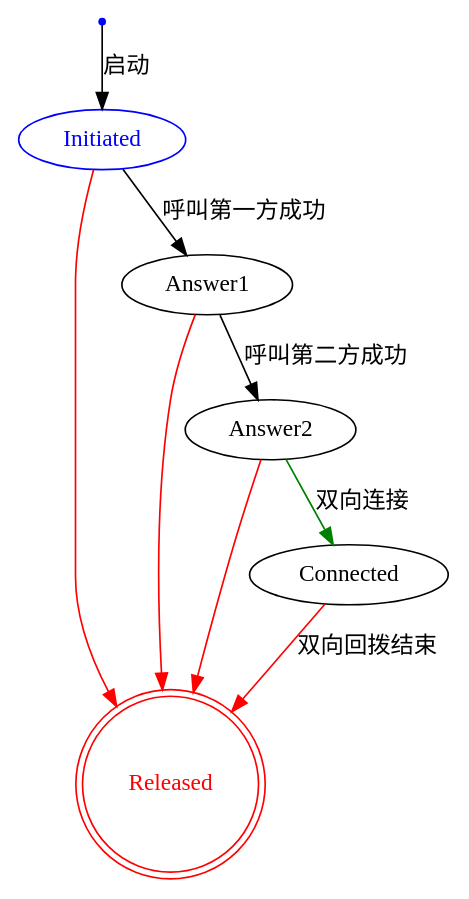
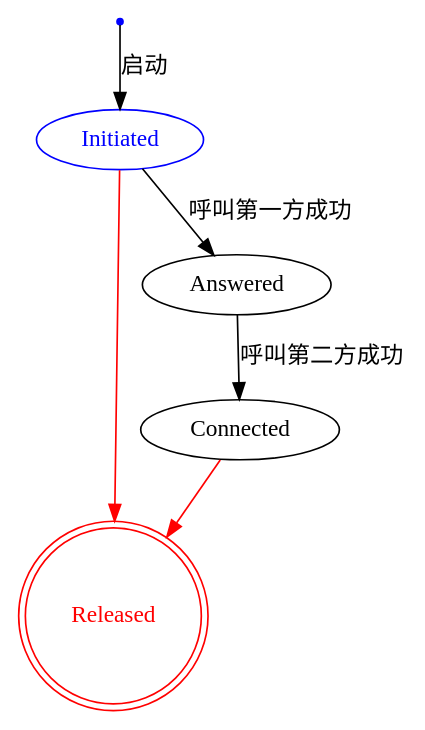
Before and after one commit to tanbro/ipsc-ccf: the diagram in docs/api-spec/ext/duo_callback.rst, drawn with Graphviz. The commit also changed other lines of this file and 6 other files, not shown here.

```diff
--- a/docs/api-spec/ext/duo_callback.rst
+++ b/docs/api-spec/ext/duo_callback.rst
@@ -28,20 +25,16 @@
 .. graphviz::
 
   digraph CallResourceState {
 
     Start [shape=point, color=blue, fontcolor=blue];
     Initiated [color=blue, fontcolor=blue];
     Released [shape=doublecircle, color=red, fontcolor=red];
 
     Start -> Initiated [label="启动"];
-    Initiated -> Answer1 [label="呼叫第一方成功"]
+    Initiated -> Answered [label="呼叫第一方成功"]
     Initiated -> Released [color=red];
 
-    Answer1 -> Answer2 ["label"="呼叫第二方成功"];
-    Answer1 -> Released [color=red];
+    Answered -> Connected ["label"="呼叫第二方成功"];
 
-    Answer2 -> Connected ["label"="双向连接", color=green];
-    Answer2 -> Released [color=red];
-
-    Connected -> Released [label="双向回拨结束", color=red];
+    Connected -> Released [color=red];
   }
```
